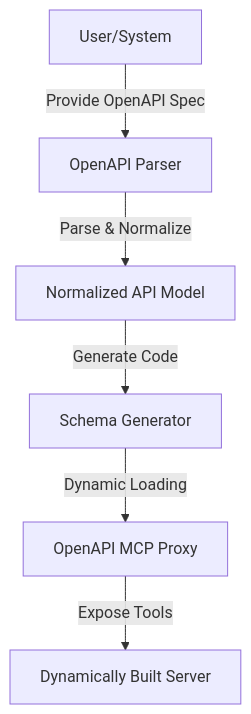
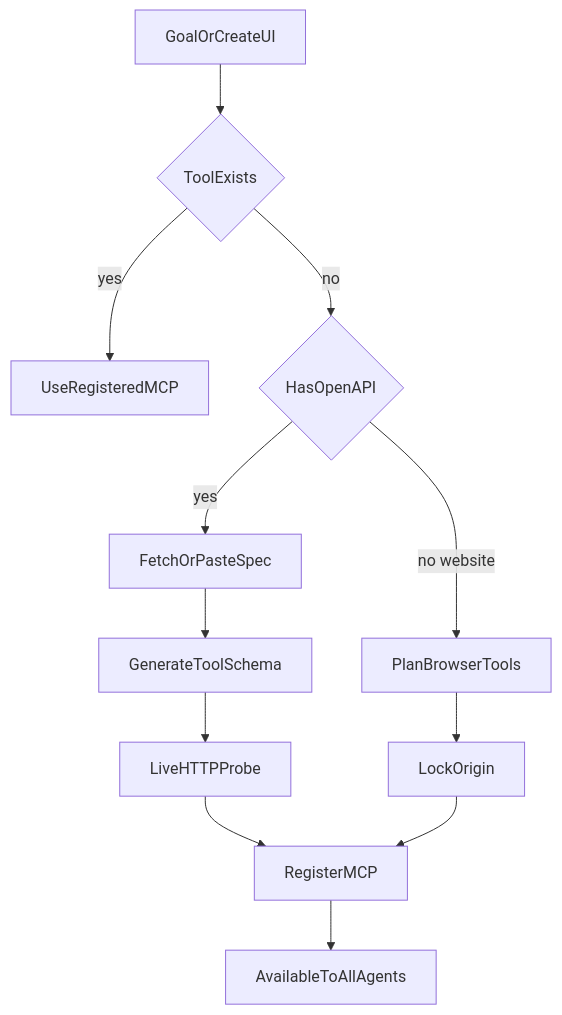
The diagram in docs/diagrams/06-dynamic-mcp-builder.md (umangvijay/AgenticOS-Google-DEVPOST-), drawn with Mermaid before and after one commit. The commit also changed other lines of this file and 164 other files, not shown here.

First line of the commit message:
Ship AgentOS workspace: dynamic MCP, HITL pauses, and contact SMTP.

````diff
--- a/docs/diagrams/06-dynamic-mcp-builder.md
+++ b/docs/diagrams/06-dynamic-mcp-builder.md
@@ -3,8 +3,14 @@
 ```mermaid
-graph TD
-    User[User/System] -->|Provide OpenAPI Spec| Parser[OpenAPI Parser]
-    Parser -->|Parse & Normalize| Model[Normalized API Model]
-    Model -->|Generate Code| SchemaGen[Schema Generator]
-    SchemaGen -->|Dynamic Loading| Proxy[OpenAPI MCP Proxy]
-    Proxy -->|Expose Tools| MCPServer[Dynamically Built Server]
+flowchart TD
+  goal[GoalOrCreateUI] --> exists{ToolExists}
+  exists -->|yes| use[UseRegisteredMCP]
+  exists -->|no| kind{HasOpenAPI}
+  kind -->|yes| ingest[FetchOrPasteSpec]
+  ingest --> schema[GenerateToolSchema]
+  schema --> probe[LiveHTTPProbe]
+  probe --> register[RegisterMCP]
+  kind -->|no website| plan[PlanBrowserTools]
+  plan --> origin[LockOrigin]
+  origin --> register
+  register --> catalog[AvailableToAllAgents]
 ```
````
